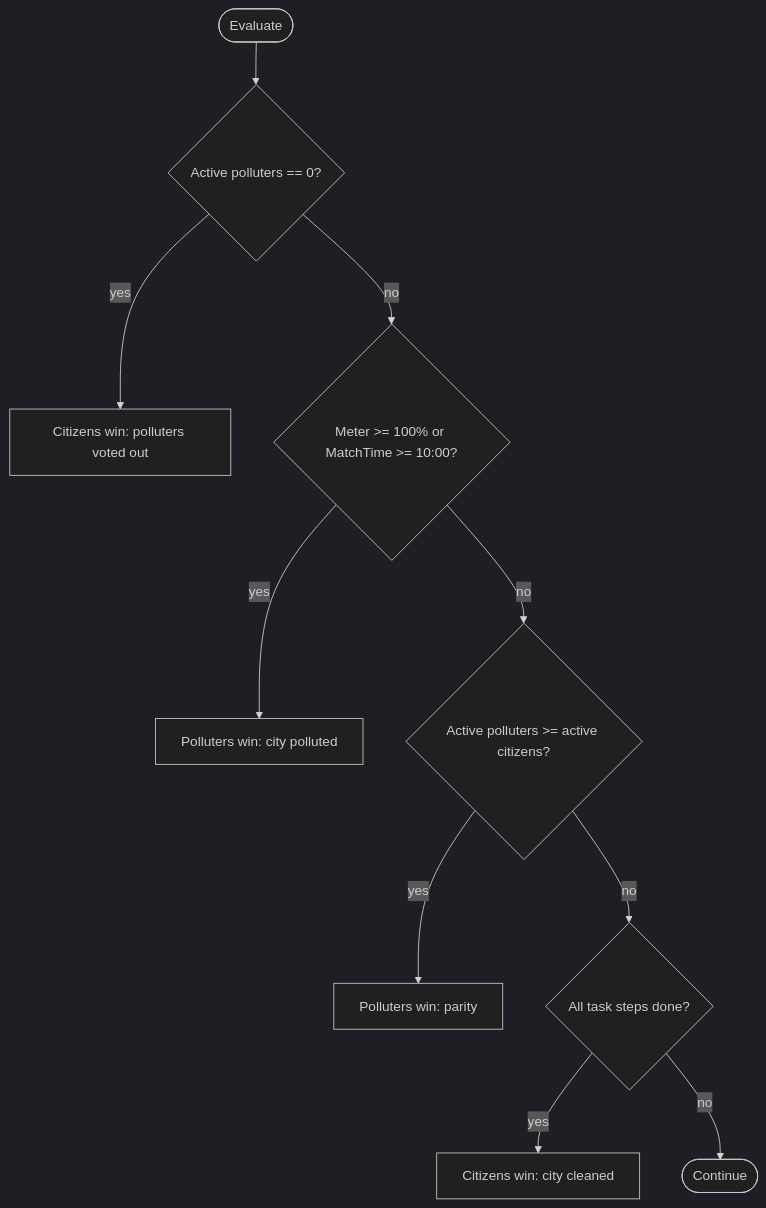
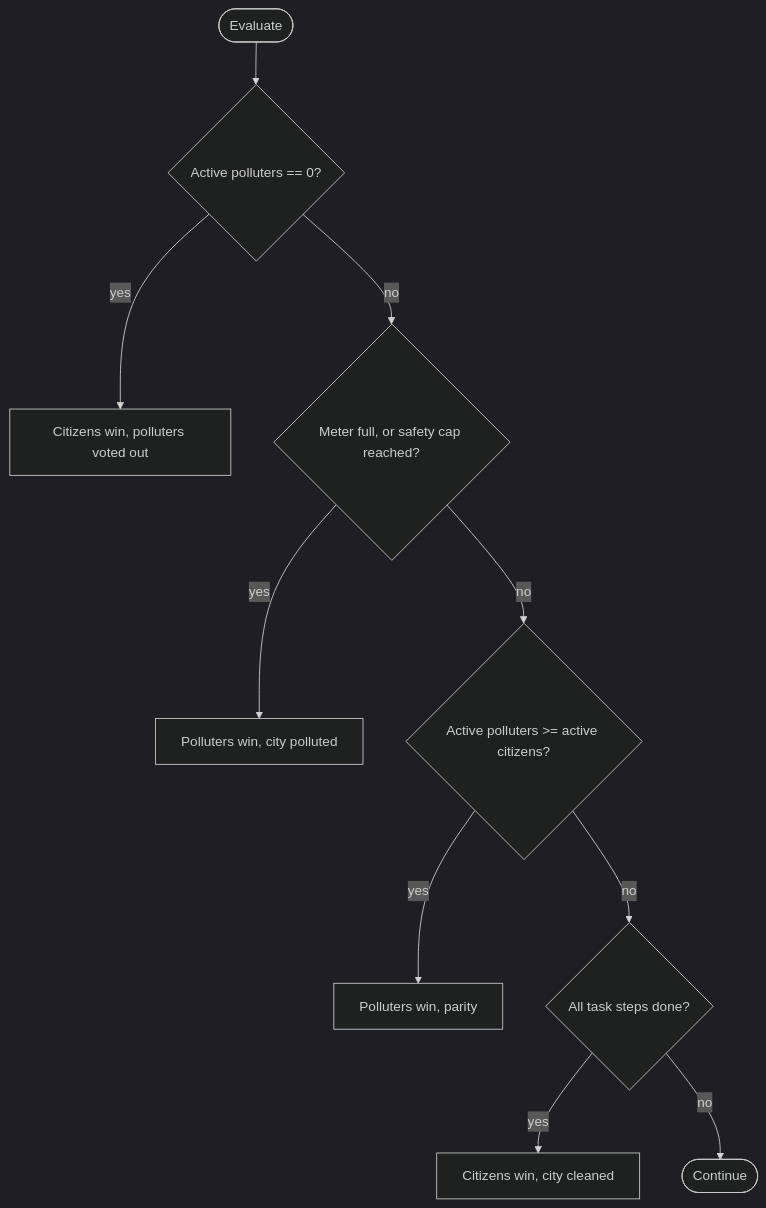
Before and after one commit to Faouzi-Blibech/EcoSus-Uncycled: the seventh of 7 diagrams in docs/architecture/04-game-rules.md, drawn with Mermaid (dark theme). The commit also changed other lines of this file and 11 other files, not shown here.

Commit message:
docs: second design review (2026-11-14) for the architecture views and the design spec

````diff
--- a/docs/architecture/04-game-rules.md
+++ b/docs/architecture/04-game-rules.md
@@ -175,12 +214,12 @@
 ```mermaid
 flowchart TD
     start(["Evaluate"]) --> a{"Active polluters == 0?"}
-    a -- yes --> cw1["Citizens win: polluters voted out"]
-    a -- no --> b{"Meter >= 100% or MatchTime >= 10:00?"}
-    b -- yes --> pw1["Polluters win: city polluted"]
+    a -- yes --> cw1["Citizens win, polluters voted out"]
+    a -- no --> b{"Meter full, or safety cap reached?"}
+    b -- yes --> pw1["Polluters win, city polluted"]
     b -- no --> c{"Active polluters >= active citizens?"}
-    c -- yes --> pw2["Polluters win: parity"]
+    c -- yes --> pw2["Polluters win, parity"]
     c -- no --> d{"All task steps done?"}
-    d -- yes --> cw2["Citizens win: city cleaned"]
+    d -- yes --> cw2["Citizens win, city cleaned"]
     d -- no --> cont(["Continue"])
 ```
````
